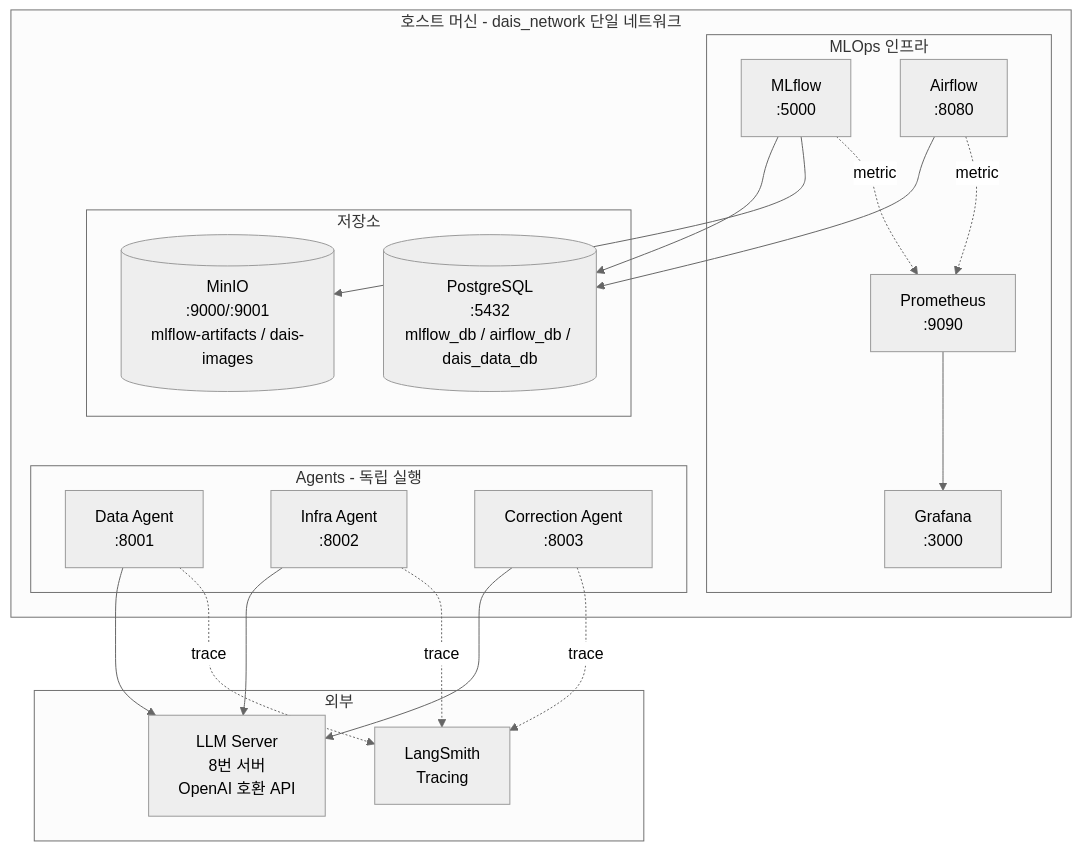
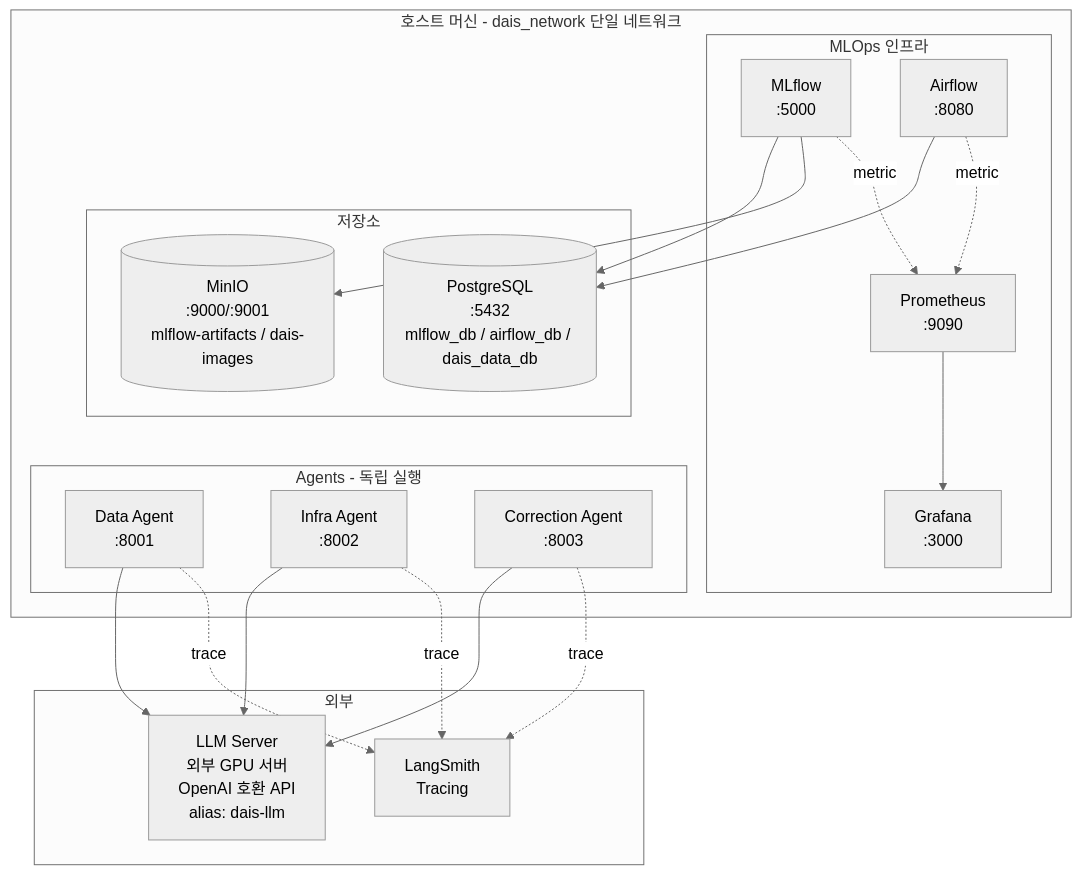
One commit to Dais-lab/dais-agent-public changed the diagram in docs/ARCHITECTURE.md. Above: the diagram before and after it, drawn with Mermaid (neutral theme). The commit also changed other lines of this file and 4 other files, not shown here.

First line of the commit message:
docs: LLM 서빙을 Qwen3.6/dais-llm 기준으로 갱신, 서버 실명 제거

````diff
--- a/docs/ARCHITECTURE.md
+++ b/docs/ARCHITECTURE.md
@@ -9,41 +9,41 @@
 ```mermaid
 flowchart TB
     subgraph external[외부]
-        LLM[LLM Server<br/>8번 서버<br/>OpenAI 호환 API]
+        LLM[LLM Server<br/>외부 GPU 서버<br/>OpenAI 호환 API<br/>alias: dais-llm]
         LangSmith[LangSmith<br/>Tracing]
     end
 
     subgraph host[호스트 머신 - dais_network 단일 네트워크]
         subgraph mlops[MLOps 인프라]
             MLflow[MLflow<br/>:5000]
             Airflow[Airflow<br/>:8080]
             Grafana[Grafana<br/>:3000]
             Prometheus[Prometheus<br/>:9090]
         end
 
         subgraph storage[저장소]
             Postgres[(PostgreSQL<br/>:5432<br/>mlflow_db / airflow_db / dais_data_db)]
             MinIO[(MinIO<br/>:9000/:9001<br/>mlflow-artifacts / dais-images)]
         end
 
         subgraph agents[Agents - 독립 실행]
             DataAgent[Data Agent<br/>:8001]
             InfraAgent[Infra Agent<br/>:8002]
             CorrectionAgent[Correction Agent<br/>:8003]
         end
     end
 
     MLflow --> Postgres
     MLflow --> MinIO
     Airflow --> Postgres
     Prometheus --> Grafana
     Airflow -.metric.-> Prometheus
     MLflow -.metric.-> Prometheus
 
     DataAgent --> LLM
     InfraAgent --> LLM
     CorrectionAgent --> LLM
     DataAgent -.trace.-> LangSmith
     InfraAgent -.trace.-> LangSmith
     CorrectionAgent -.trace.-> LangSmith
 ```
````
